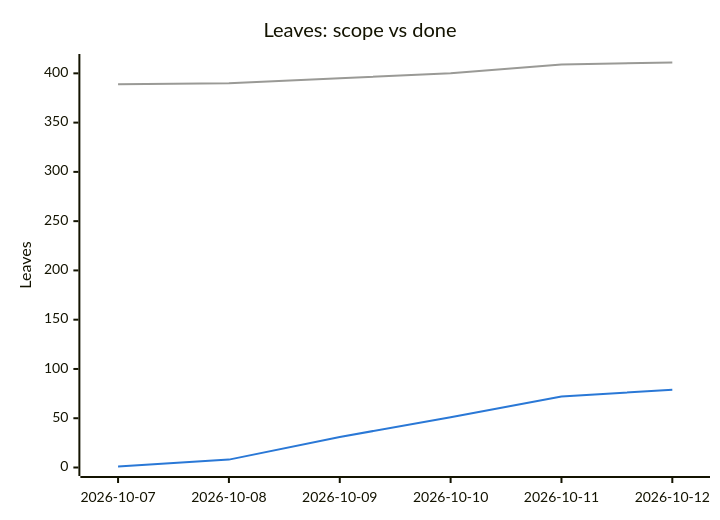
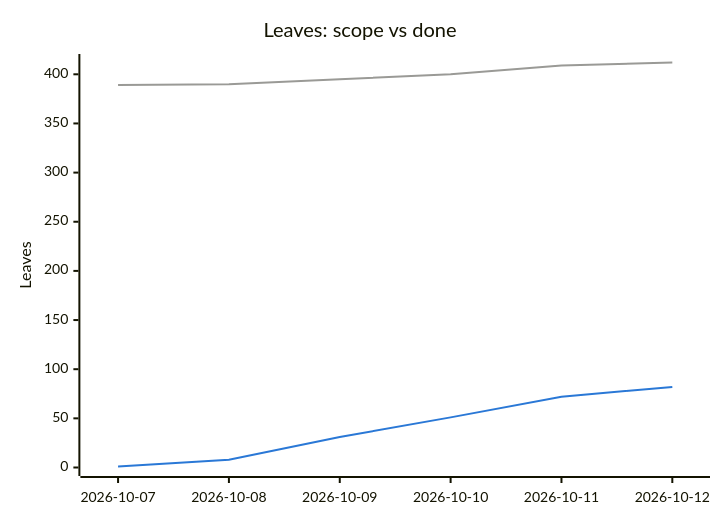
One commit to tomiok/persiaDB changed the second of 2 diagrams in PROGRESS.md. Above: the diagram before and after it, drawn with Mermaid. The commit also changed other lines of this file and 5 other files, not shown here.

First line of the commit message:
fix(storage): resolve every AlreadyExists; unknown commit outcome; tick ROADMAP 2.1

````diff
--- a/PROGRESS.md
+++ b/PROGRESS.md
@@ -107,14 +105,14 @@
 ```mermaid
 ---
 config:
   themeVariables:
     xyChart:
       plotColorPalette: "#9a9a96, #2a78d6"
 ---
 xychart-beta
   title "Leaves: scope vs done"
   x-axis ["2026-10-07", "2026-10-08", "2026-10-09", "2026-10-10", "2026-10-11", "2026-10-12"]
-  y-axis "Leaves" 0 --> 411
-  line [389, 390, 395, 400, 409, 411]
-  line [1, 8, 31, 51, 72, 79]
+  y-axis "Leaves" 0 --> 412
+  line [389, 390, 395, 400, 409, 412]
+  line [1, 8, 31, 51, 72, 82]
 ```
````
